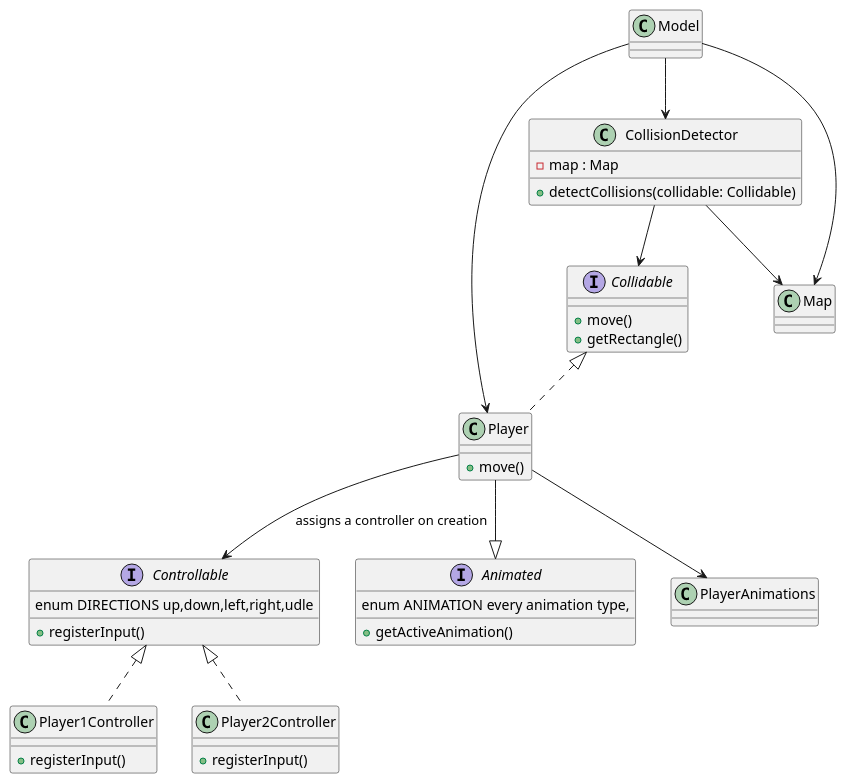
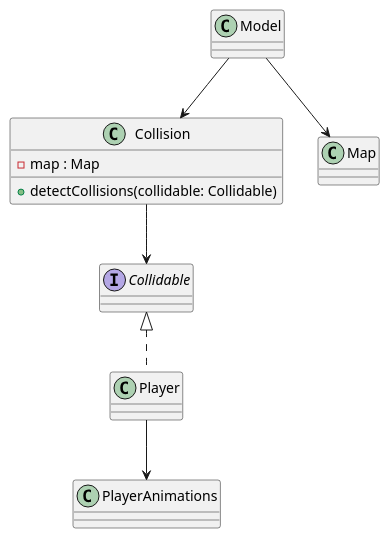
The diagram in doc/assets/refractorUML.plantuml (EivindSul/bomb-person), drawn with PlantUML before and after one commit. The commit also changed 1 other file, not shown here.

Commit message:
started on group raport 13, and stripped plantuml of much unrelevent code

```diff
--- a/doc/assets/refractorUML.plantuml
+++ b/doc/assets/refractorUML.plantuml
@@ -1,53 +1,19 @@
 @startuml bomberman
-interface Collidable {
-    + move()
-    + getRectangle()
-}
-interface Controllable {
-  enum DIRECTIONS up,down,left,right,udle
-  + registerInput()
-}
-interface Animated {
-    enum ANIMATION every animation type,
-    + getActiveAnimation()
-}
+interface Collidable {}
 
-class CollisionDetector {
+class Collision {
     - map : Map
     + detectCollisions(collidable: Collidable)
 }
+Collision --> Collidable
 
-class Player implements Collidable {
-    + move()
-}
-class Player1Controller implements Controllable{
-    + registerInput()
-}
-class Player2Controller implements Controllable{
-    + registerInput()
-}
-class PlayerAnimations {
-    
-}
-
-class Map {
-
-}
-
-class Model {
-
-}
-
-Model --> Map
-Model --> CollisionDetector
-Model --> Player
-
-CollisionDetector --> Map
-CollisionDetector --> Collidable
-
-Player --> Controllable : assigns a controller on creation
+class Player implements Collidable {}
+class PlayerAnimations {}
 Player --> PlayerAnimations
 
-Player --|> Animated
+class Map {}
 
+class Model {}
+Model --> Collision
+Model --> Map
 @enduml
```
